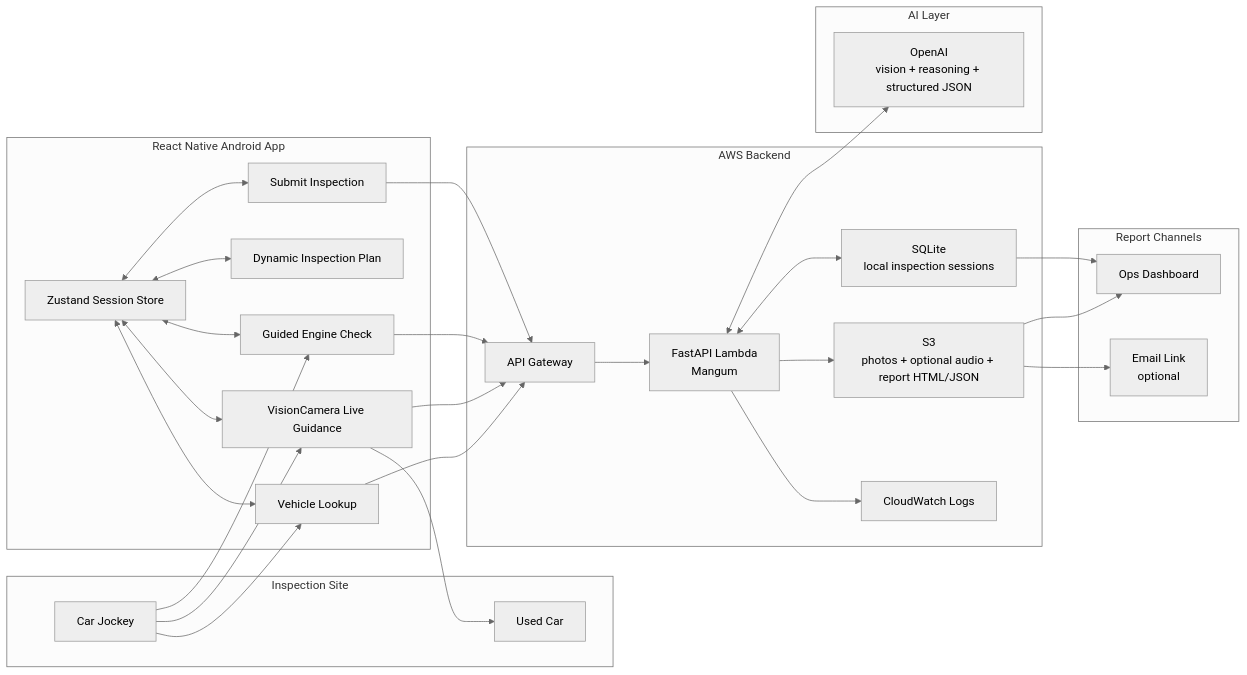
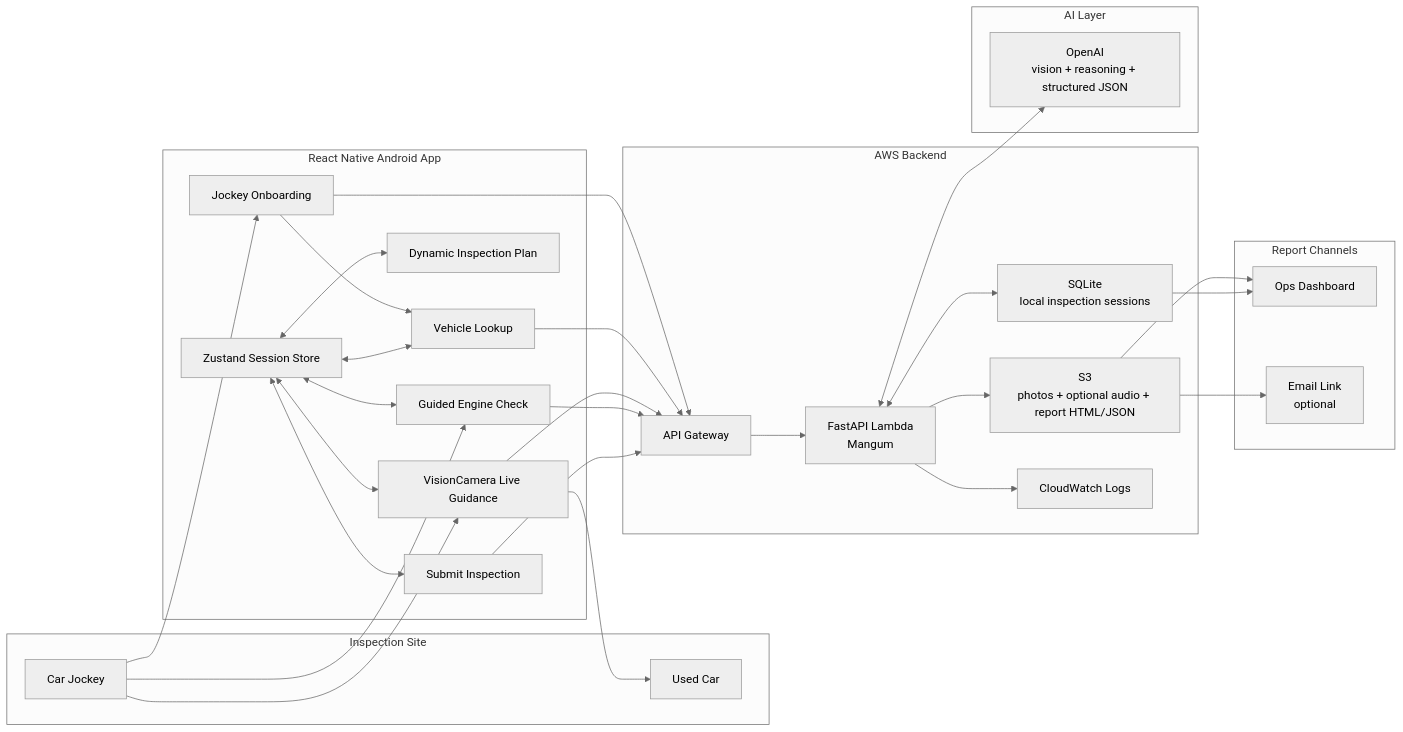
One commit to adityabhattad2021/Inspection-Copilot changed the first of 20 diagrams in ARCHITECTURE.md. Above: the diagram before and after it, drawn with Mermaid (neutral theme). The commit also changed other lines of this file and 18 other files, not shown here.

````diff
--- a/ARCHITECTURE.md
+++ b/ARCHITECTURE.md
@@ -18,55 +18,58 @@
 ```mermaid
 flowchart LR
   subgraph User["Inspection Site"]
     J["Car Jockey"]
     C["Used Car"]
   end
 
   subgraph App["React Native Android App"]
+    Onboarding["Jockey Onboarding"]
     Lookup["Vehicle Lookup"]
     Plan["Dynamic Inspection Plan"]
     Camera["VisionCamera Live Guidance"]
     Engine["Guided Engine Check"]
     Submit["Submit Inspection"]
     Store["Zustand Session Store"]
   end
 
   subgraph AWS["AWS Backend"]
     API["API Gateway"]
     Lambda["FastAPI Lambda<br/>Mangum"]
     DDB["SQLite<br/>local inspection sessions"]
     S3["S3<br/>photos + optional audio + report HTML/JSON"]
     Logs["CloudWatch Logs"]
   end
 
   subgraph AI["AI Layer"]
     OpenAI["OpenAI<br/>vision + reasoning + structured JSON"]
   end
 
   subgraph Reports["Report Channels"]
     Dashboard["Ops Dashboard"]
     Email["Email Link<br/>optional"]
   end
 
-  J --> Lookup
+  J --> Onboarding
+  Onboarding --> Lookup
   J --> Camera
   J --> Engine
   Camera --> C
+  Onboarding --> API
   Lookup --> API
   Camera --> API
   Engine --> API
   Submit --> API
   API --> Lambda
   Lambda <--> DDB
   Lambda --> S3
   Lambda <--> OpenAI
   Lambda --> Logs
   S3 --> Dashboard
   S3 --> Email
   DDB --> Dashboard
   Store <--> Lookup
   Store <--> Plan
   Store <--> Camera
   Store <--> Engine
   Store <--> Submit
 ```
````
